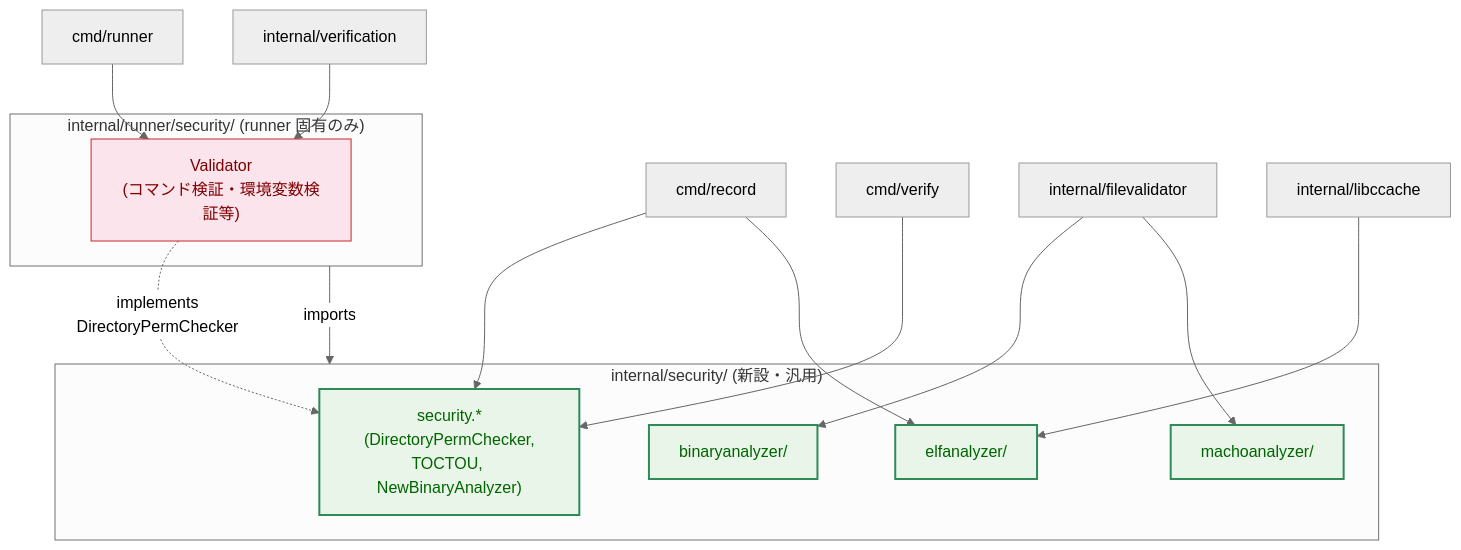
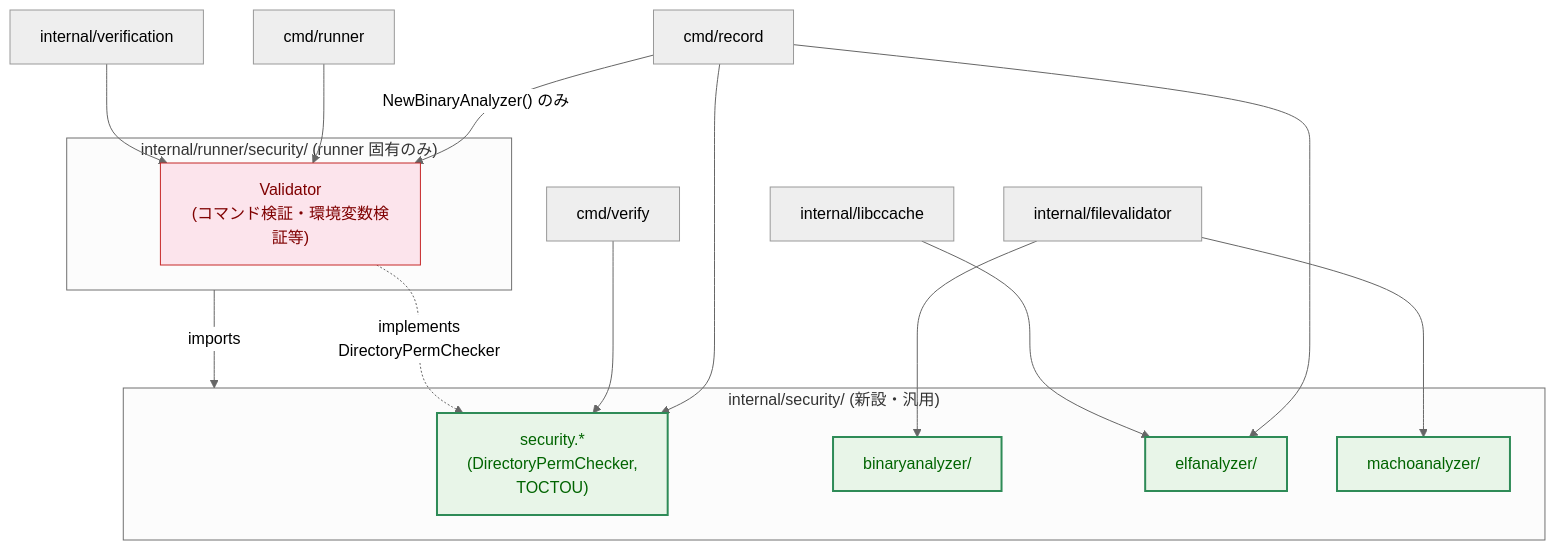
One commit to isseis/go-safe-cmd-runner changed the fourth of 9 diagrams in docs/tasks/0113_security_package_restructure/02_architecture.md. Above: the diagram before and after it, drawn with Mermaid (neutral theme). The commit also changed other lines of this file and 2 other files, not shown here.

````diff
--- a/docs/tasks/0113_security_package_restructure/02_architecture.md
+++ b/docs/tasks/0113_security_package_restructure/02_architecture.md
@@ -110,39 +111,40 @@
 ```mermaid
 flowchart TD
     classDef newpkg fill:#e8f5e8,stroke:#2e8b57,stroke-width:2px,color:#006400;
     classDef runner fill:#fce4ec,stroke:#c62828,stroke-width:1px,color:#7f0000;
     classDef ok fill:#fff1e6,stroke:#ff7f0e,stroke-width:1px,color:#8a3e00;
 
     CMD_R["cmd/record"]
     CMD_V["cmd/verify"]
     CMD_RUN["cmd/runner"]
 
     subgraph gen_sec ["internal/security/ (新設・汎用)"]
-        GS["security.*<br>(DirectoryPermChecker,<br>TOCTOU, NewBinaryAnalyzer)"]
+        GS["security.*<br>(DirectoryPermChecker,<br>TOCTOU)"]
         BA["binaryanalyzer/"]
         EA["elfanalyzer/"]
         MA["machoanalyzer/"]
     end
 
     subgraph runner_sec ["internal/runner/security/ (runner 固有のみ)"]
         RS["Validator<br>(コマンド検証・環境変数検証等)"]
     end
 
     FV["internal/filevalidator"]
     LC["internal/libccache"]
     VER["internal/verification"]
 
     CMD_R --> GS
+    CMD_R -->|"NewBinaryAnalyzer() のみ"| RS
     CMD_R --> EA
     CMD_V --> GS
     FV --> BA
     FV --> MA
     LC --> EA
     CMD_RUN --> RS
     VER --> RS
     RS -.->|"implements<br>DirectoryPermChecker"| GS
     runner_sec -->|"imports"| gen_sec
 
     class GS,BA,EA,MA newpkg;
     class RS runner;
 ```
````
